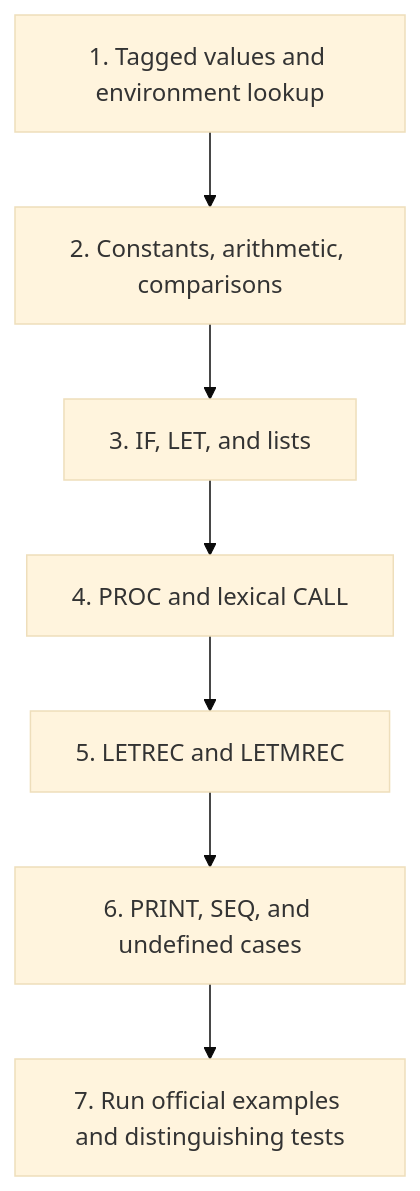
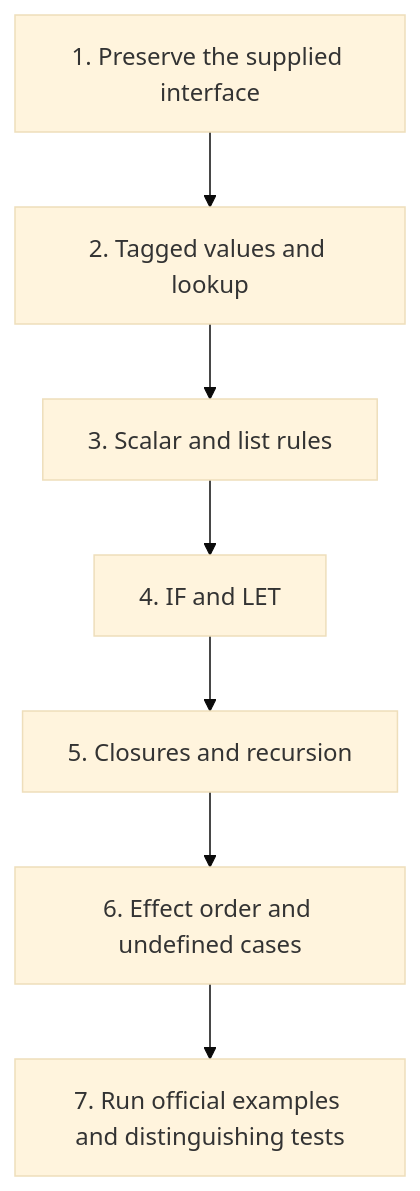
One commit to S0lluxx26/Programming_language_book_analyze changed the first of 2 diagrams in book/hw2.md. Above: the diagram before and after it, drawn with Mermaid (base theme). The commit also changed other lines of this file and 60 other files, not shown here.

````diff
--- a/book/hw2.md
+++ b/book/hw2.md
@@ -9,11 +13,11 @@
 ```mermaid
 flowchart TD
   accTitle: A staged plan for the ML-minus interpreter
   accDescr: Each implementation layer depends on the previous one and should be tested before adding more constructors.
-  A["1. Tagged values and environment lookup"] --> B["2. Constants, arithmetic, comparisons"]
-  B --> C["3. IF, LET, and lists"]
-  C --> D["4. PROC and lexical CALL"]
-  D --> E["5. LETREC and LETMREC"]
-  E --> F["6. PRINT, SEQ, and undefined cases"]
+  A["1. Preserve the supplied interface"] --> B["2. Tagged values and lookup"]
+  B --> C["3. Scalar and list rules"]
+  C --> D["4. IF and LET"]
+  D --> E["5. Closures and recursion"]
+  E --> F["6. Effect order and undefined cases"]
   F --> G["7. Run official examples and distinguishing tests"]
 ```
````
